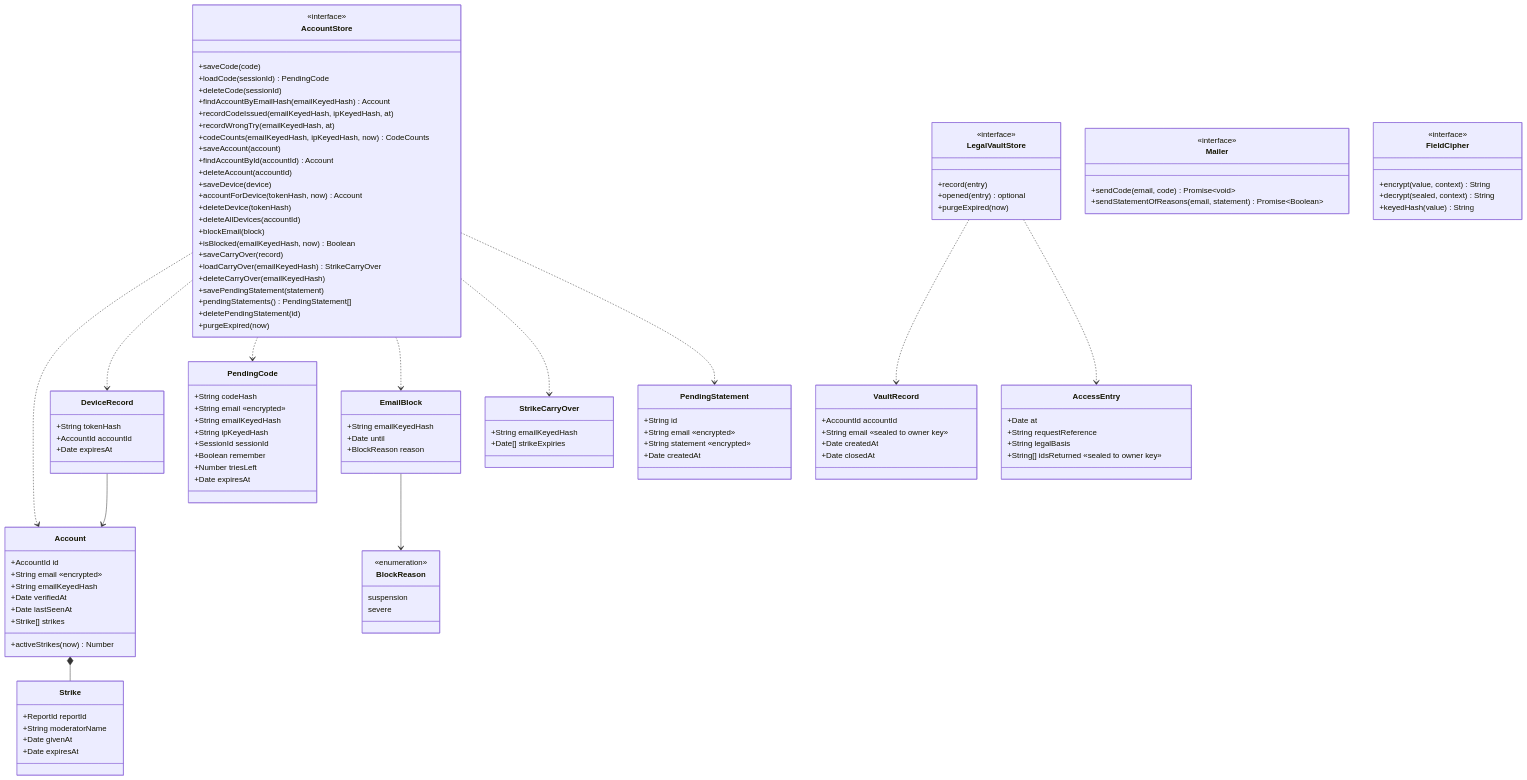
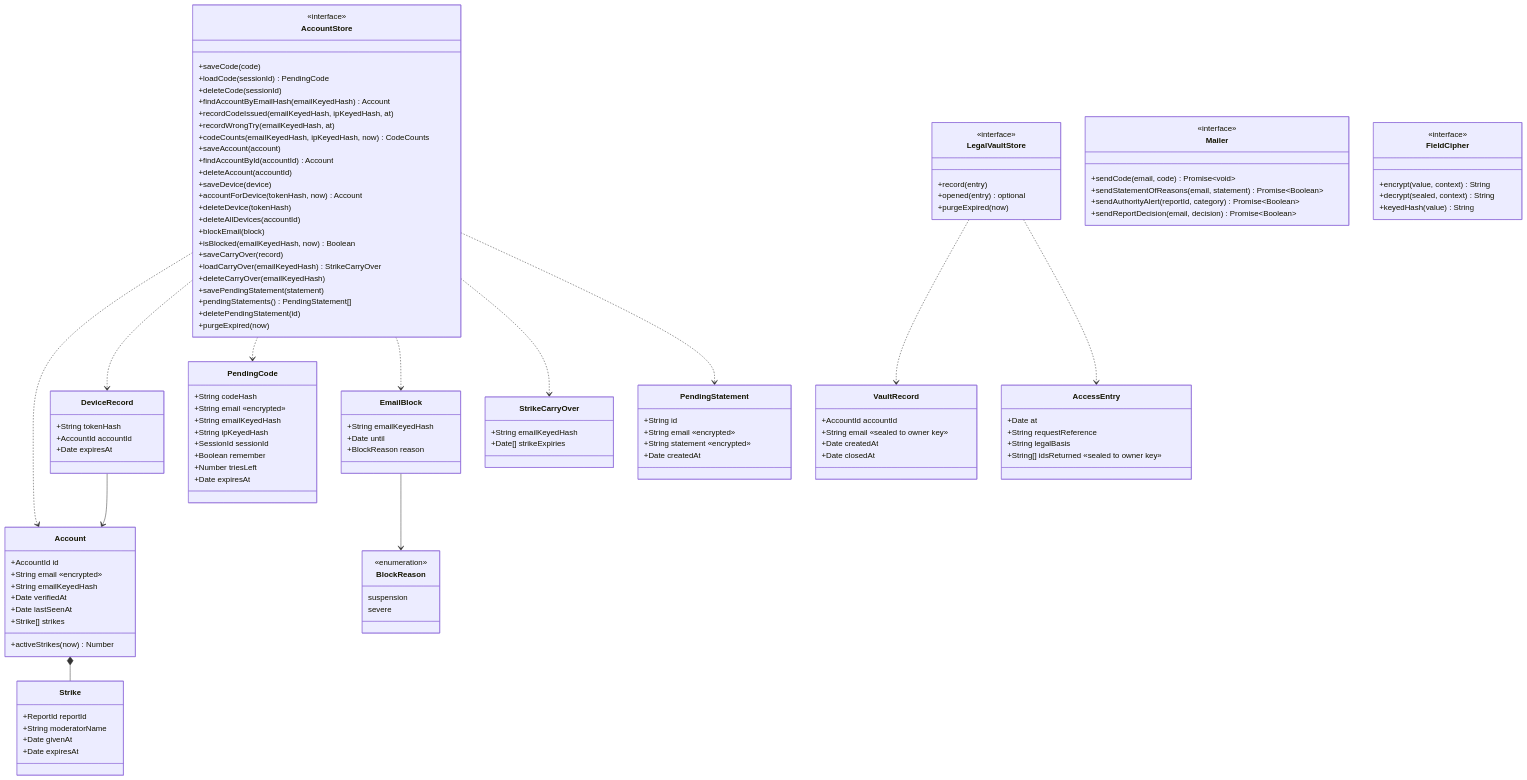
Before and after one commit to benoit-bremaud/asv: the diagram in docs/architecture/diagrams/accounts/04-class.md, drawn with Mermaid. The commit also changed other lines of this file and 24 other files, not shown here.

```diff
--- a/docs/architecture/diagrams/accounts/04-class.md
+++ b/docs/architecture/diagrams/accounts/04-class.md
@@ -111,6 +111,8 @@
     <<interface>>
     +sendCode(email, code) Promise~void~
     +sendStatementOfReasons(email, statement) Promise~Boolean~
+    +sendAuthorityAlert(reportId, category) Promise~Boolean~
+    +sendReportDecision(email, decision) Promise~Boolean~
   }
   class FieldCipher {
     <<interface>>
```
